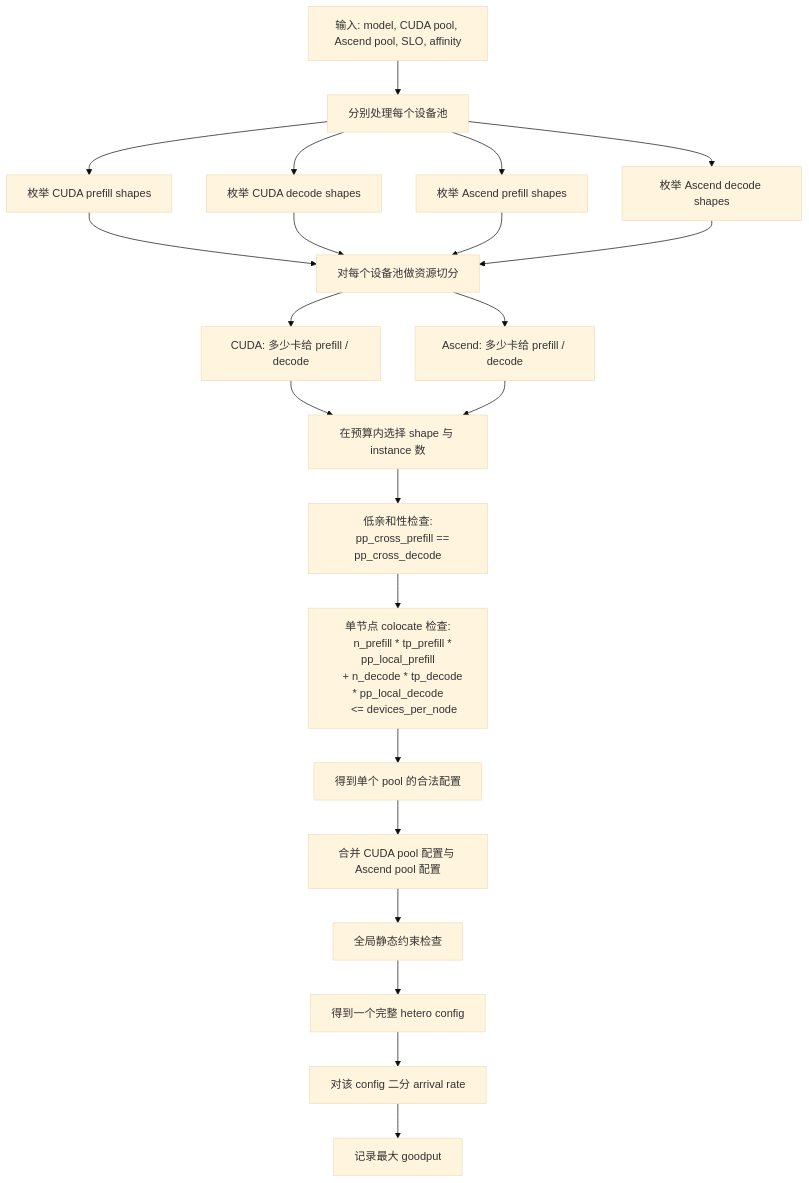
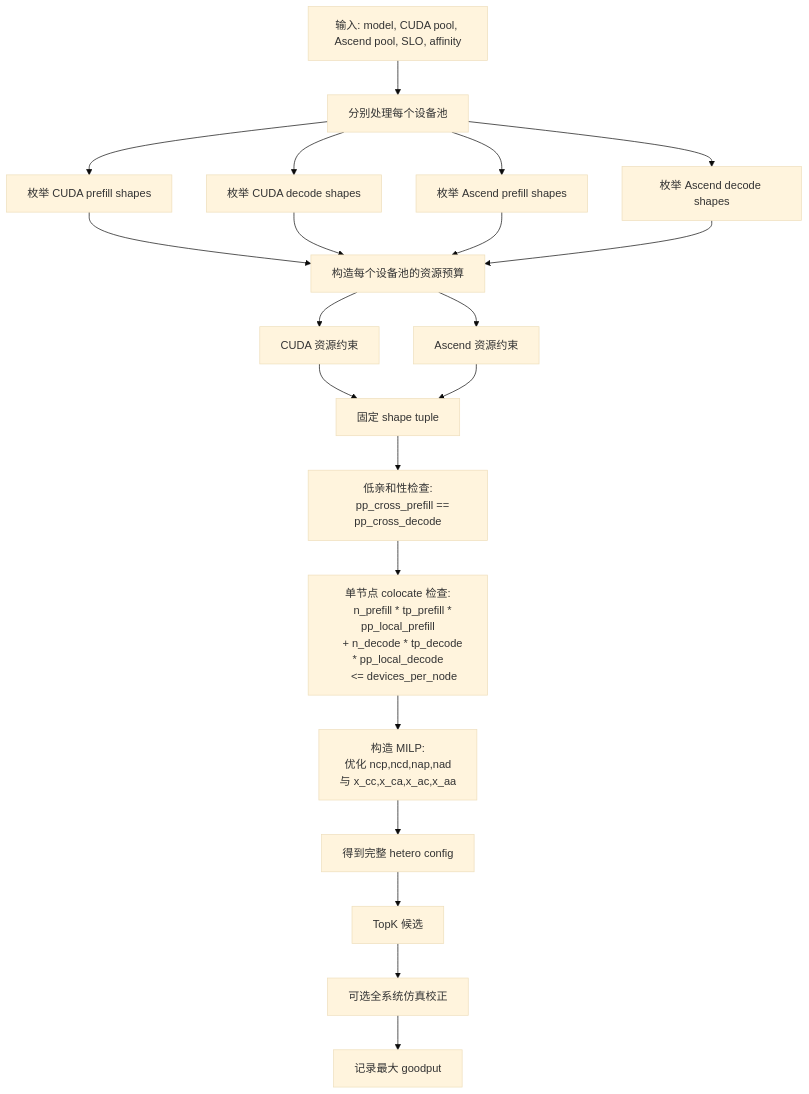
Before and after one commit to Learneraf/DistServe: the diagram in docs/HETEROGENEOUS_DISTSERVE_DESIGN.md, drawn with Mermaid (base theme). The commit also changed other lines of this file and 1260 other files, not shown here.

````diff
--- a/docs/HETEROGENEOUS_DISTSERVE_DESIGN.md
+++ b/docs/HETEROGENEOUS_DISTSERVE_DESIGN.md
@@ -1412,34 +1581,35 @@
 ```mermaid
 flowchart TD
     A[输入: model, CUDA pool, Ascend pool, SLO, affinity] --> B[分别处理每个设备池]
 
     B --> C1[枚举 CUDA prefill shapes]
     B --> C2[枚举 CUDA decode shapes]
     B --> C3[枚举 Ascend prefill shapes]
     B --> C4[枚举 Ascend decode shapes]
 
-    C1 --> D1[对每个设备池做资源切分]
+    C1 --> D1[构造每个设备池的资源预算]
     C2 --> D1
     C3 --> D1
     C4 --> D1
 
-    D1 --> E1[CUDA: 多少卡给 prefill / decode]
-    D1 --> E2[Ascend: 多少卡给 prefill / decode]
+    D1 --> E1[CUDA 资源约束]
+    D1 --> E2[Ascend 资源约束]
 
-    E1 --> F[在预算内选择 shape 与 instance 数]
+    E1 --> F[固定 shape tuple]
     E2 --> F
 
     F --> G1[低亲和性检查:
     pp_cross_prefill == pp_cross_decode]
     G1 --> G2[单节点 colocate 检查:
     n_prefill * tp_prefill * pp_local_prefill
     + n_decode * tp_decode * pp_local_decode
     <= devices_per_node]
 
-    G2 --> H[得到单个 pool 的合法配置]
-    H --> I[合并 CUDA pool 配置与 Ascend pool 配置]
-    I --> J[全局静态约束检查]
-    J --> K[得到一个完整 hetero config]
-    K --> L[对该 config 二分 arrival rate]
-    L --> M[记录最大 goodput]
+    G2 --> H[构造 MILP:
+    优化 ncp,ncd,nap,nad
+    与 x_cc,x_ca,x_ac,x_aa]
+    H --> I[得到完整 hetero config]
+    I --> J[TopK 候选]
+    J --> K[可选全系统仿真校正]
+    K --> L[记录最大 goodput]
 ```
````
